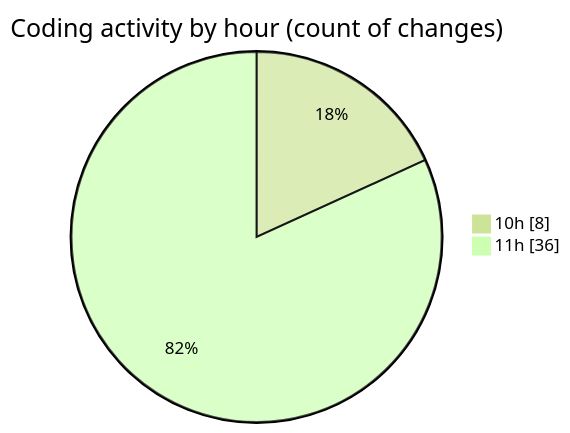
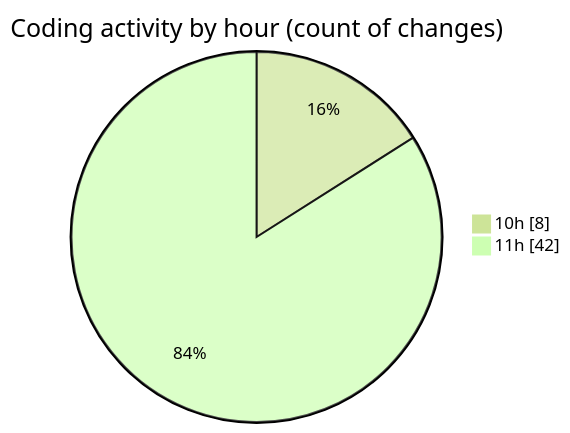
One commit to nxtqubesakshisongat/code-tracking changed the second of 2 diagrams in 2025-08-22/nxtqube_webapp/README.md. Above: the diagram before and after it, drawn with Mermaid (forest theme). The commit also changed other lines of this file and 1 other file, not shown here.

````diff
--- a/2025-08-22/nxtqube_webapp/README.md
+++ b/2025-08-22/nxtqube_webapp/README.md
@@ -28,6 +28,6 @@
 ```mermaid
 pie showData
 title Coding activity by hour (count of changes)
 "10h" : 8
-"11h" : 36
+"11h" : 42
 ```
````
